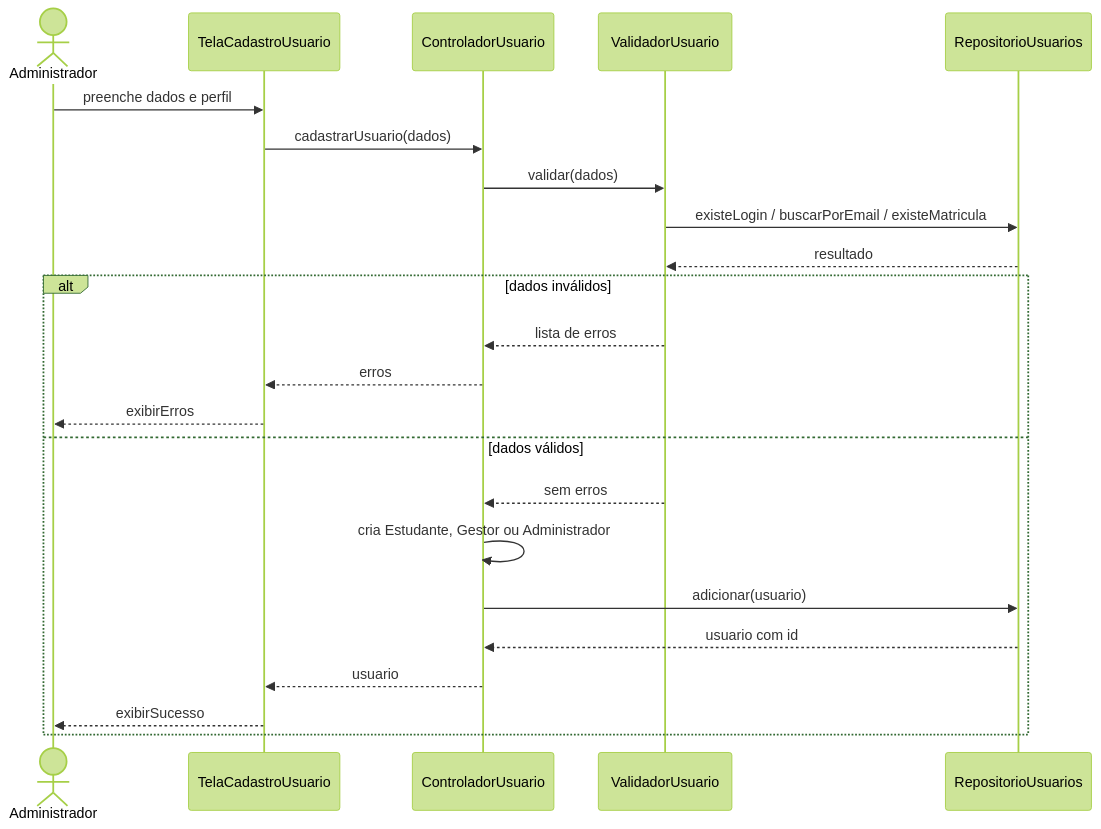
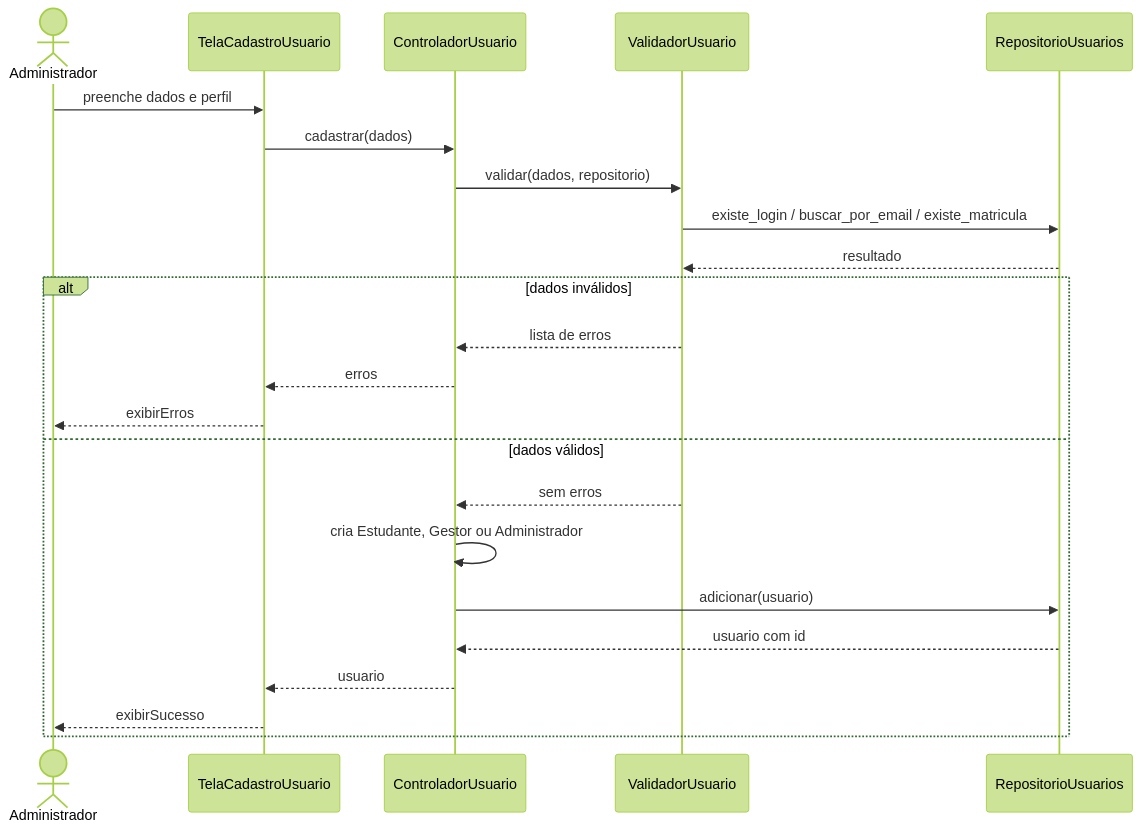
Before and after one commit to henriquesantos007/Sistema-de-Agendamento-de-Almoco: the second of 6 diagrams in docs/05-analise.md, drawn with Mermaid (forest theme). The commit also changed other lines of this file and 3 other files, not shown here.

Commit message:
docs(arquitetura): alinhar diagramas ao CRUD de usuários

````diff
--- a/docs/05-analise.md
+++ b/docs/05-analise.md
@@ -102,27 +124,27 @@
 ```mermaid
 %%{init: {"flowchart": {"useMaxWidth": false}, "class": {"useMaxWidth": false}, "sequence": {"useMaxWidth": false}, "state": {"useMaxWidth": false}}}%%
 sequenceDiagram
     actor Admin as Administrador
     participant T as TelaCadastroUsuario
     participant C as ControladorUsuario
     participant V as ValidadorUsuario
     participant R as RepositorioUsuarios
 
     Admin->>T: preenche dados e perfil
-    T->>C: cadastrarUsuario(dados)
-    C->>V: validar(dados)
-    V->>R: existeLogin / buscarPorEmail / existeMatricula
+    T->>C: cadastrar(dados)
+    C->>V: validar(dados, repositorio)
+    V->>R: existe_login / buscar_por_email / existe_matricula
     R-->>V: resultado
     alt dados inválidos
         V-->>C: lista de erros
         C-->>T: erros
         T-->>Admin: exibirErros
     else dados válidos
         V-->>C: sem erros
         C->>C: cria Estudante, Gestor ou Administrador
         C->>R: adicionar(usuario)
         R-->>C: usuario com id
         C-->>T: usuario
         T-->>Admin: exibirSucesso
     end
 ```
````
